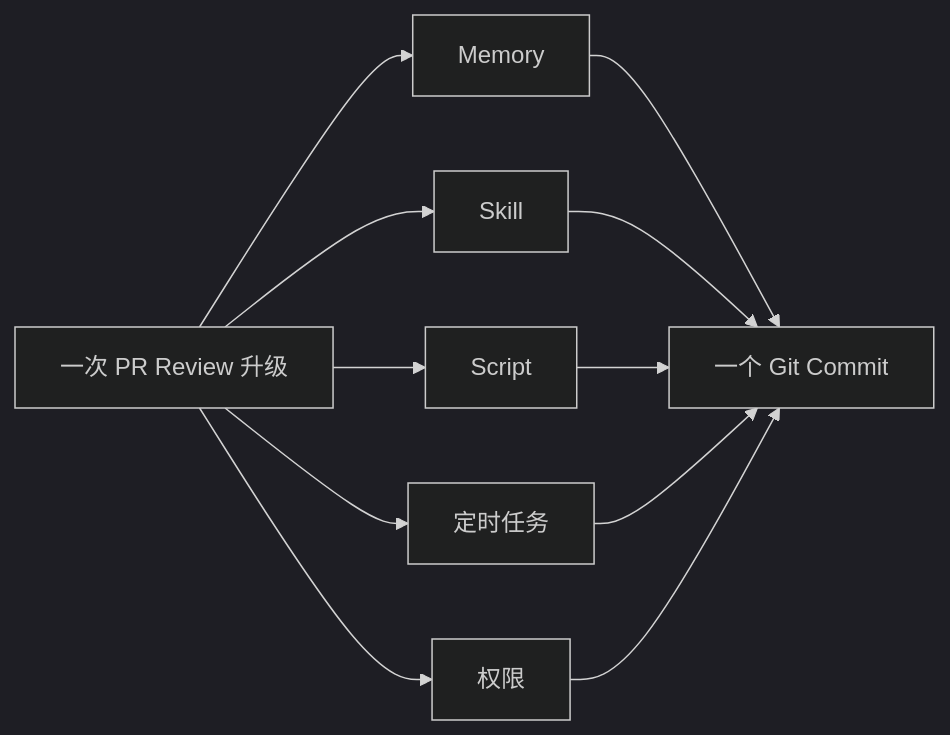
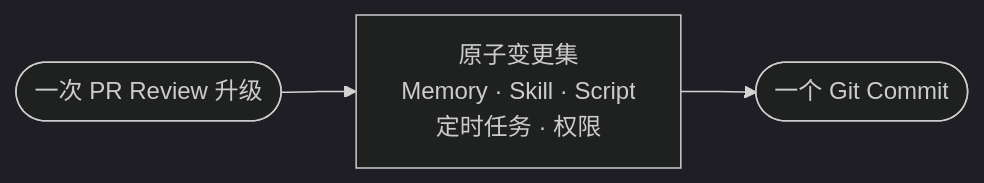
One commit to YinsenWANG/YinsenWANG.github.io changed the third of 7 diagrams in src/content/posts/agent-native-git.md. Above: the diagram before and after it, drawn with Mermaid (dark theme). The commit also changed other lines of this file and 2 other files, not shown here.

Commit message:
Refine Mermaid diagram layouts

````diff
--- a/src/content/posts/agent-native-git.md
+++ b/src/content/posts/agent-native-git.md
@@ -290,13 +292,6 @@
 ```mermaid
+%% size:compact %%
 flowchart LR
-  U[一次 PR Review 升级] --> M[Memory]
-  U --> K[Skill]
-  U --> S[Script]
-  U --> A[定时任务]
-  U --> P[权限]
-  M --> C[一个 Git Commit]
-  K --> C
-  S --> C
-  A --> C
-  P --> C
+  U([一次 PR Review 升级]) --> S["原子变更集<br/>Memory · Skill · Script<br/>定时任务 · 权限"]
+  S --> C([一个 Git Commit])
 ```
````
